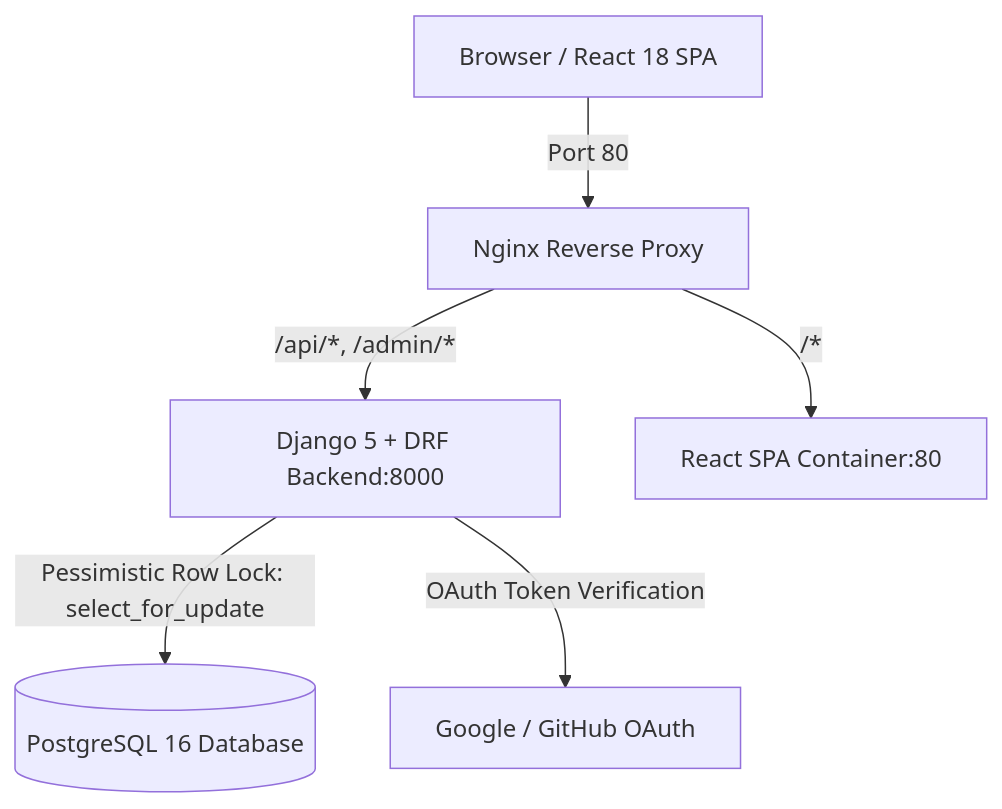
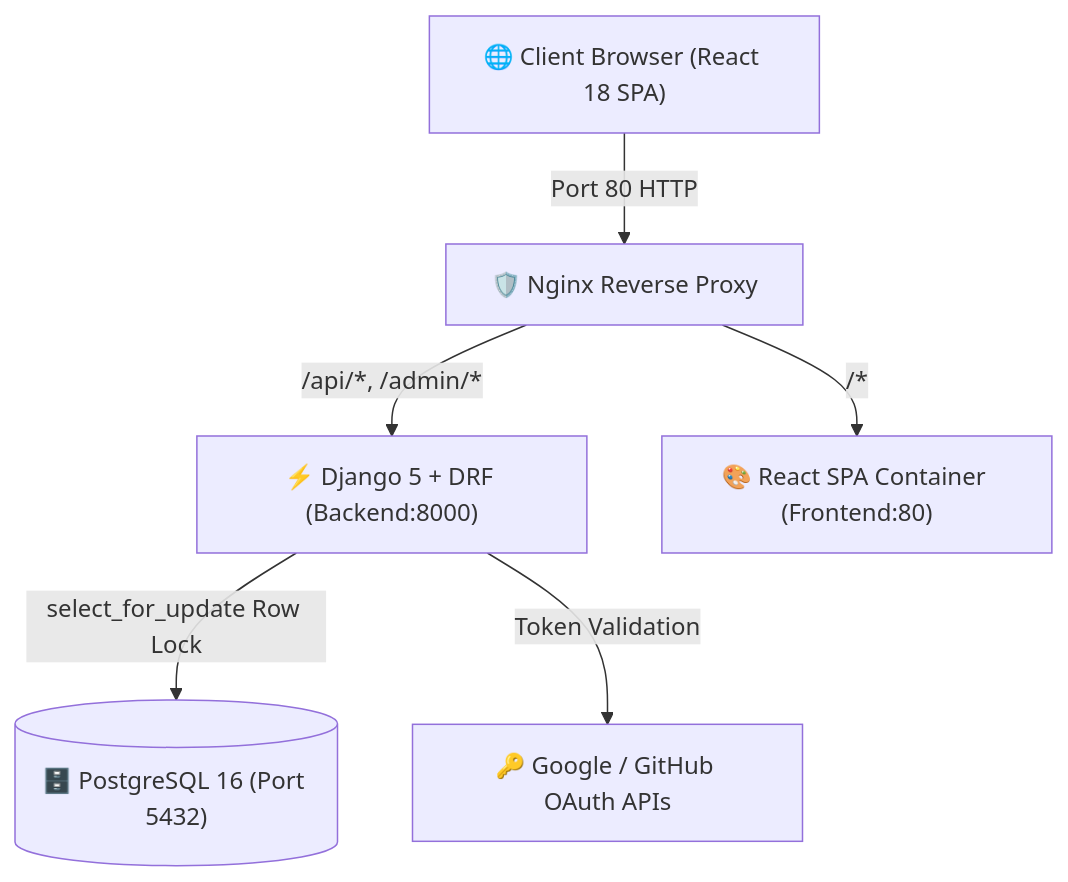
Before and after one commit to uttam-kalsariya/ahoum-sessions-marketplace: the diagram in README.md, drawn with Mermaid. The commit also changed other lines of this file and 14 other files, not shown here.

````diff
--- a/README.md
+++ b/README.md
@@ -90,8 +166,8 @@
 ```mermaid
 graph TD
-    Client[Browser / React 18 SPA] -->|Port 80| Nginx[Nginx Reverse Proxy]
-    Nginx -->|/api/*, /admin/*| Backend[Django 5 + DRF Backend:8000]
-    Nginx -->|/*| Frontend[React SPA Container:80]
-    Backend -->|Pessimistic Row Lock: select_for_update| DB[(PostgreSQL 16 Database)]
-    Backend -->|OAuth Token Verification| OAuth[Google / GitHub OAuth]
+    Client["🌐 Client Browser (React 18 SPA)"] -->|Port 80 HTTP| Nginx["🛡️ Nginx Reverse Proxy"]
+    Nginx -->|/api/*, /admin/*| Backend["⚡ Django 5 + DRF (Backend:8000)"]
+    Nginx -->|/*| Frontend["🎨 React SPA Container (Frontend:80)"]
+    Backend -->|select_for_update Row Lock| DB[("🗄️ PostgreSQL 16 (Port 5432)")]
+    Backend -->|Token Validation| OAuth["🔑 Google / GitHub OAuth APIs"]
 ```
````
